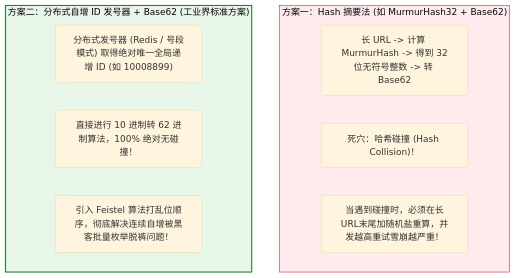
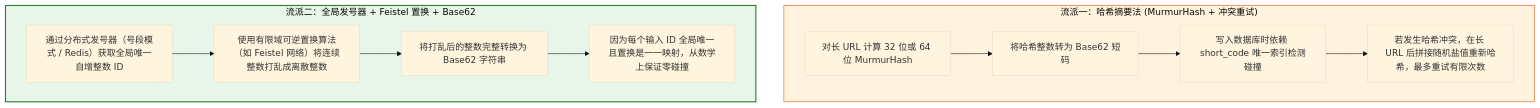
One commit to GuoWWWX/knowledge-base changed the second of 3 diagrams in 20-Java后端/08-系统设计/05-短链系统设计.md. Above: the diagram before and after it, drawn with Mermaid (base theme). The commit also changed other lines of this file and 251 other files, not shown here.

````diff
--- a/20-Java后端/08-系统设计/05-短链系统设计.md
+++ b/20-Java后端/08-系统设计/05-短链系统设计.md
@@ -77,17 +81,23 @@
 ```mermaid
-graph TD
-    subgraph HashApproach["方案一：Hash 摘要法 (如 MurmurHash32 + Base62)"]
-        H1["长 URL -> 计算 MurmurHash -> 得到 32位无符号整数 -> 转 Base62"]
-        H2["死穴：哈希碰撞 (Hash Collision)！"]
-        H3["当遇到碰撞时，必须在长URL末尾加随机盐重算，并发越高重试雪崩越严重！"]
+flowchart TD
+    subgraph HashApproach["流派一：哈希摘要法 (MurmurHash + 冲突重试)"]
+        H1["对长 URL 计算 32 位或 64 位 MurmurHash"]
+        H2["将哈希整数转为 Base62 短码"]
+        H3["写入数据库时依赖 short_code 唯一索引检测碰撞"]
+        H4["若发生哈希冲突，在长 URL 后拼接随机盐值重新哈希，最多重试有限次数"]
+
+        H1 --> H2 --> H3 --> H4
     end
 
-    subgraph IdApproach["方案二：分布式自增 ID 发号器 + Base62 (工业界标准方案)"]
-        I1["分布式发号器 (Redis / 号段模式) 取得绝对唯一全局递增 ID (如 10008899)"]
-        I2["直接进行 10 进制转 62 进制算法，100% 绝对无碰撞！"]
-        I3["引入 Feistel 算法打乱位顺序，彻底解决连续自增被黑客批量枚举脱裤问题！"]
+    subgraph IdApproach["流派二：全局发号器 + Feistel 置换 + Base62"]
+        I1["通过分布式发号器（号段模式 / Redis）获取全局唯一自增整数 ID"]
+        I2["使用有限域可逆置换算法（如 Feistel 网络）将连续整数打乱成离散整数"]
+        I3["将打乱后的整数完整转换为 Base62 字符串"]
+        I4["因为每个输入 ID 全局唯一且置换是一一映射，从数学上保证零碰撞"]
+
+        I1 --> I2 --> I3 --> I4
     end
 
-    style HashApproach fill:#ffebee,stroke:#c62828,stroke-width:1px
+    style HashApproach fill:#fff3e0,stroke:#e65100,stroke-width:1px
     style IdApproach fill:#e8f5e9,stroke:#2e7d32,stroke-width:2px
 ```
````
